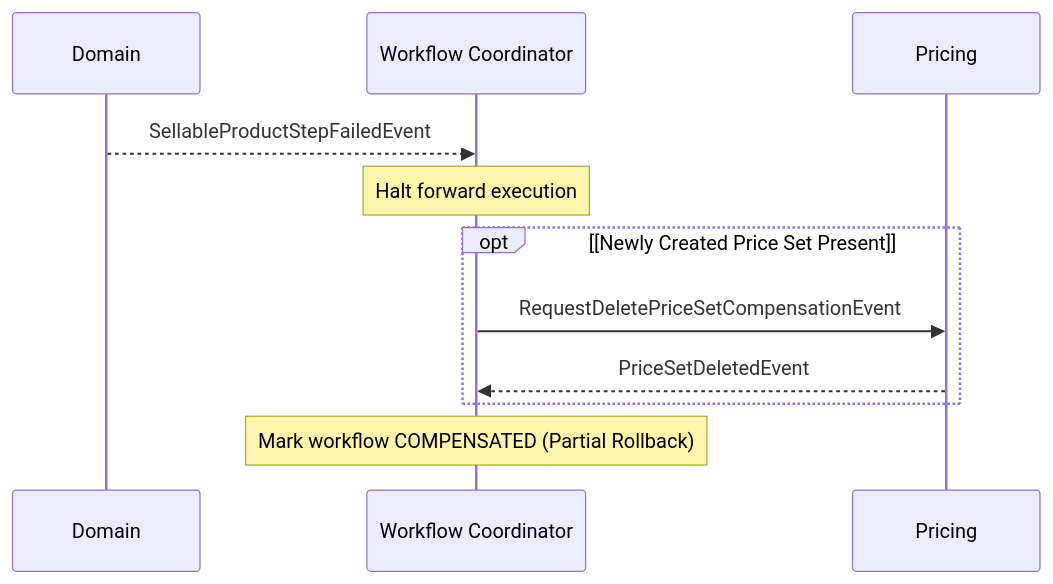
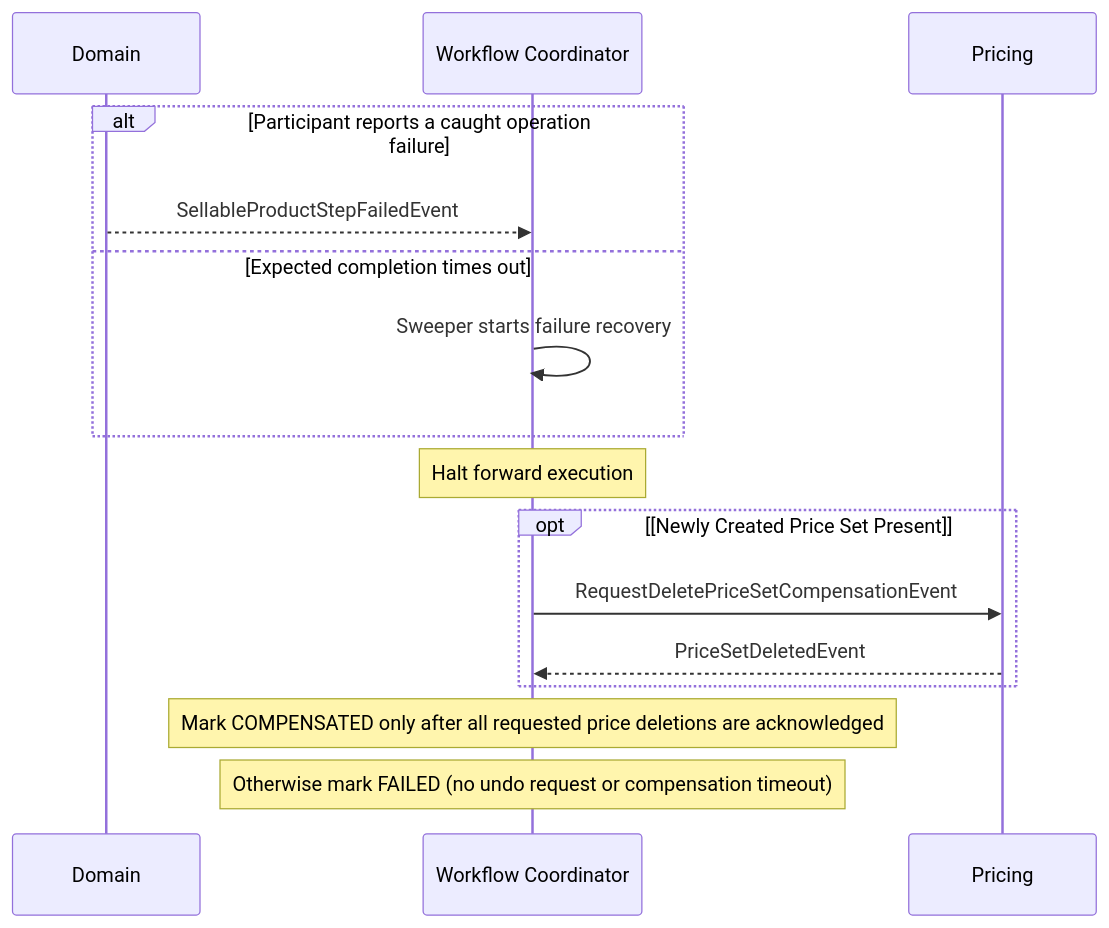
One commit to khinemyaezin/grab changed the second of 2 diagrams in docs/spec/workflows/update-product-variant-workflow.md. Above: the diagram before and after it, drawn with Mermaid. The commit also changed other lines of this file and 47 other files, not shown here.

````diff
--- a/docs/spec/workflows/update-product-variant-workflow.md
+++ b/docs/spec/workflows/update-product-variant-workflow.md
@@ -99,14 +105,19 @@
 ```mermaid
 sequenceDiagram
     participant StepOwner as Domain
     participant Workflow as Workflow Coordinator
     participant Pricing
 
-    StepOwner-->>Workflow: SellableProductStepFailedEvent
+    alt Participant reports a caught operation failure
+        StepOwner-->>Workflow: SellableProductStepFailedEvent
+    else Expected completion times out
+        Workflow->>Workflow: Sweeper starts failure recovery
+    end
     Note over Workflow: Halt forward execution
     opt [Newly Created Price Set Present]
         Workflow->>Pricing: RequestDeletePriceSetCompensationEvent
         Pricing-->>Workflow: PriceSetDeletedEvent
     end
-    Note over Workflow: Mark workflow COMPENSATED (Partial Rollback)
+    Note over Workflow: Mark COMPENSATED only after all requested price deletions are acknowledged
+    Note over Workflow: Otherwise mark FAILED (no undo request or compensation timeout)
 ```
````
